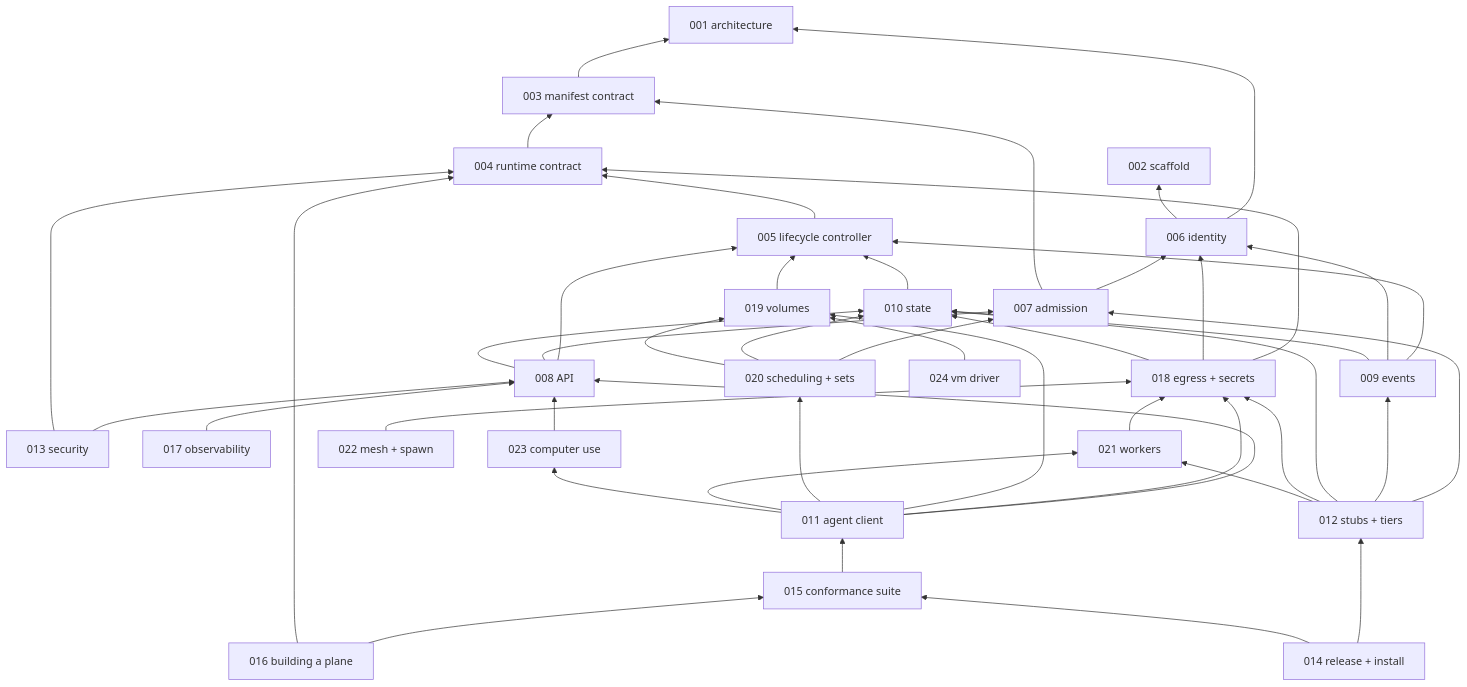
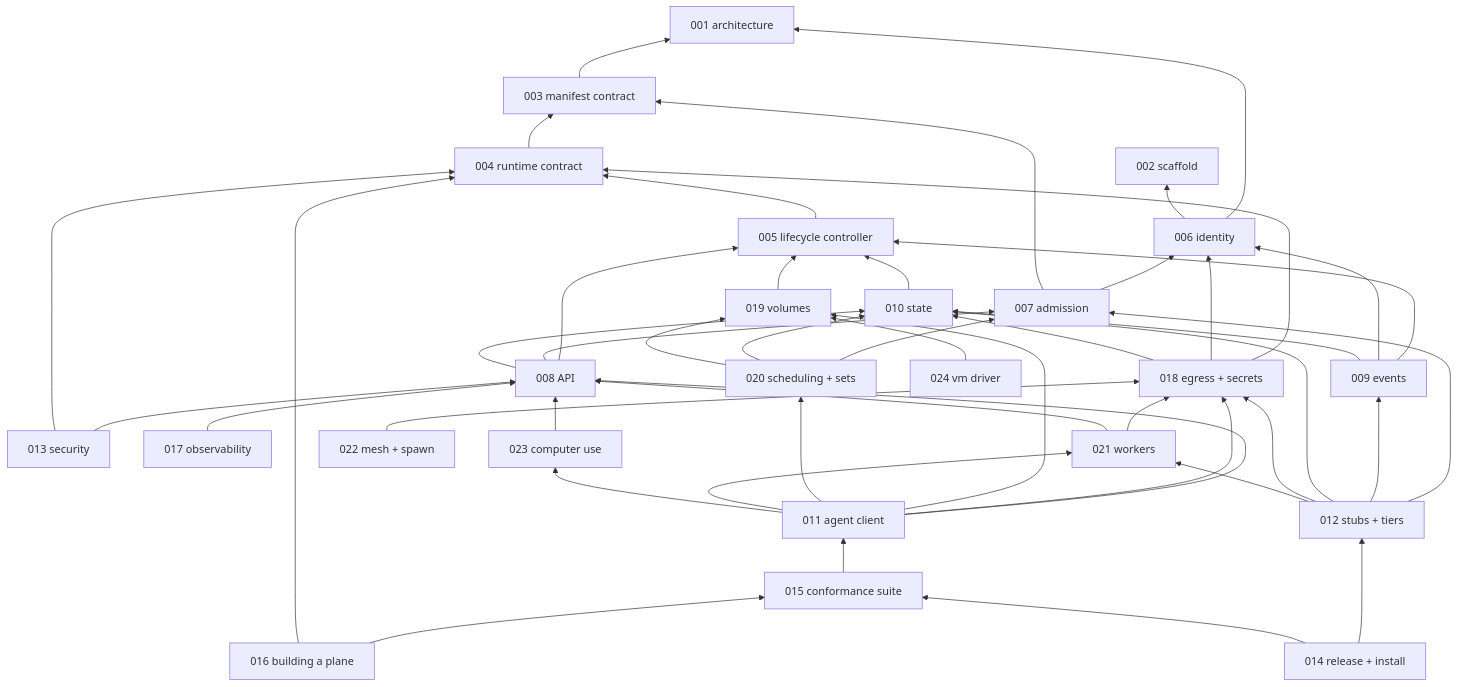
The second of 2 diagrams in specs/README.md (latere-ai/cella), drawn with Mermaid before and after one commit. The commit also changed other lines of this file and 6 other files, not shown here.

````diff
--- a/specs/README.md
+++ b/specs/README.md
@@ -82,71 +82,72 @@
 ```mermaid
 flowchart BT
   S001[001 architecture]
   S002[002 scaffold]
   S003[003 manifest contract]
   S004[004 runtime contract]
   S005[005 lifecycle controller]
   S006[006 identity]
   S007[007 admission]
   S008[008 API]
   S009[009 events]
   S010[010 state]
   S011[011 agent client]
   S012[012 stubs + tiers]
   S013[013 security]
   S014[014 release + install]
   S015[015 conformance suite]
   S016[016 building a plane]
   S017[017 observability]
   S018[018 egress + secrets]
   S019[019 volumes]
   S020[020 scheduling + sets]
   S021[021 workers]
   S022[022 mesh + spawn]
   S023[023 computer use]
   S024[024 vm driver]
   S003 --> S001
   S004 --> S003
   S005 --> S004
   S006 --> S001
   S006 --> S002
   S007 --> S006
   S007 --> S003
   S008 --> S005
   S008 --> S007
   S008 --> S010
   S009 --> S005
   S009 --> S006
   S009 --> S010
   S010 --> S005
   S011 --> S008
   S011 --> S018
   S011 --> S019
   S011 --> S020
   S011 --> S021
   S011 --> S023
   S012 --> S007
   S012 --> S009
   S012 --> S010
   S012 --> S018
   S012 --> S021
   S013 --> S008
   S013 --> S004
   S014 --> S012
   S014 --> S015
   S015 --> S011
   S016 --> S015
   S016 --> S004
   S017 --> S008
   S018 --> S004
   S018 --> S006
   S018 --> S010
   S019 --> S005
   S020 --> S007
   S020 --> S010
   S020 --> S019
   S021 --> S018
+  S021 --> S008
   S022 --> S018
   S023 --> S008
   S024 --> S019
 ```
````
